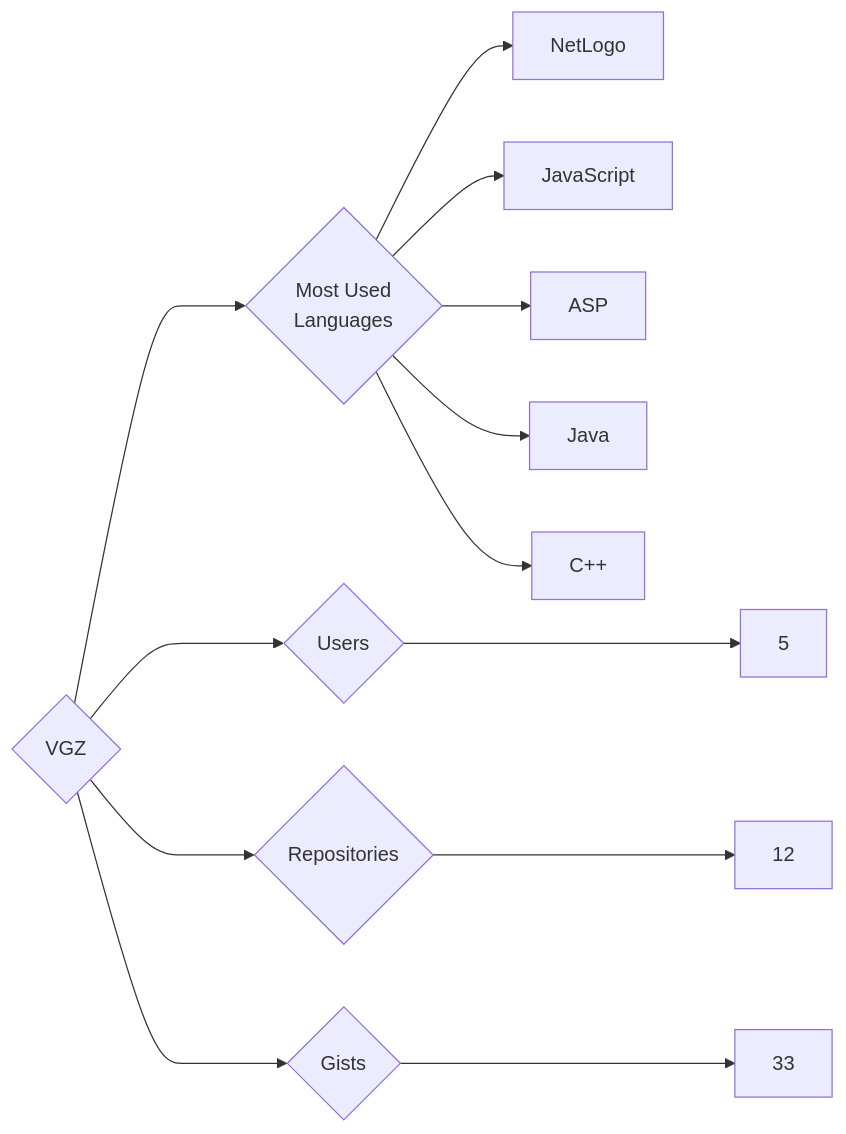
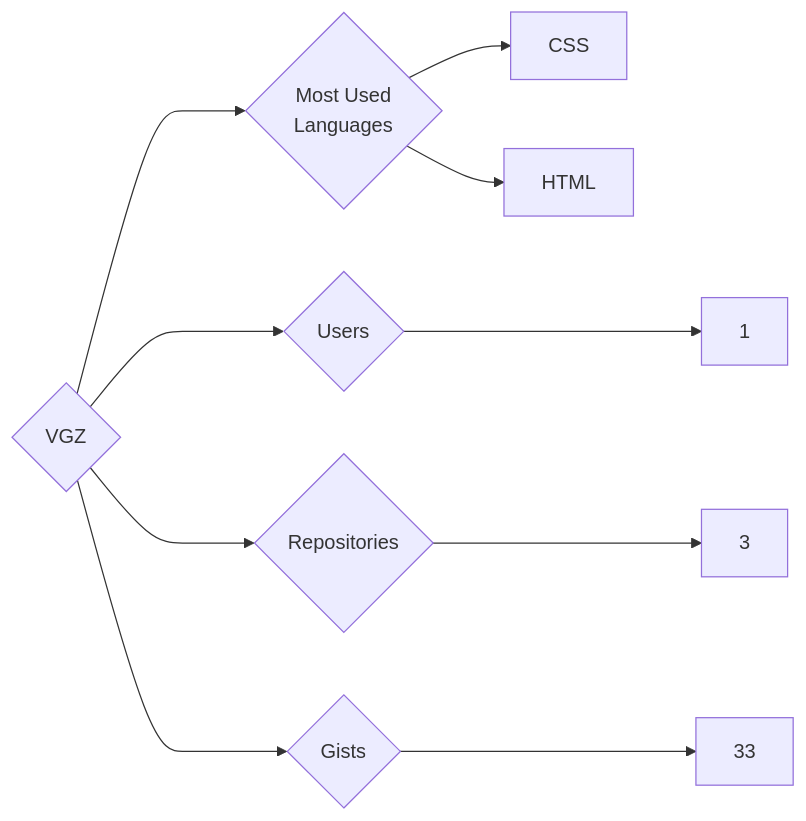
The diagram in targets/VGZ/README.md (trickest/insiders), drawn with Mermaid before and after one commit. The commit also changed 1696 other files, not shown here.

````diff
--- a/targets/VGZ/README.md
+++ b/targets/VGZ/README.md
@@ -3,13 +3,10 @@
 ```mermaid
 graph LR
 COMPANY_NAME{VGZ}
-COMPANY_NAME ---> U{Users} ---> UN[5]
-COMPANY_NAME ---> R{Repositories} ---> RN[12]
+COMPANY_NAME ---> U{Users} ---> UN[1]
+COMPANY_NAME ---> R{Repositories} ---> RN[3]
 COMPANY_NAME ---> G{Gists} ---> GN[33]
 COMPANY_NAME ---> ML{Most Used<br>Languages}
-ML --> NetLogo[NetLogo]
-ML --> JavaScript[JavaScript]
-ML --> ASP[ASP]
-ML --> Java[Java]
-ML --> C++[C++]
+ML --> CSS[CSS]
+ML --> HTML[HTML]
 ```
````
